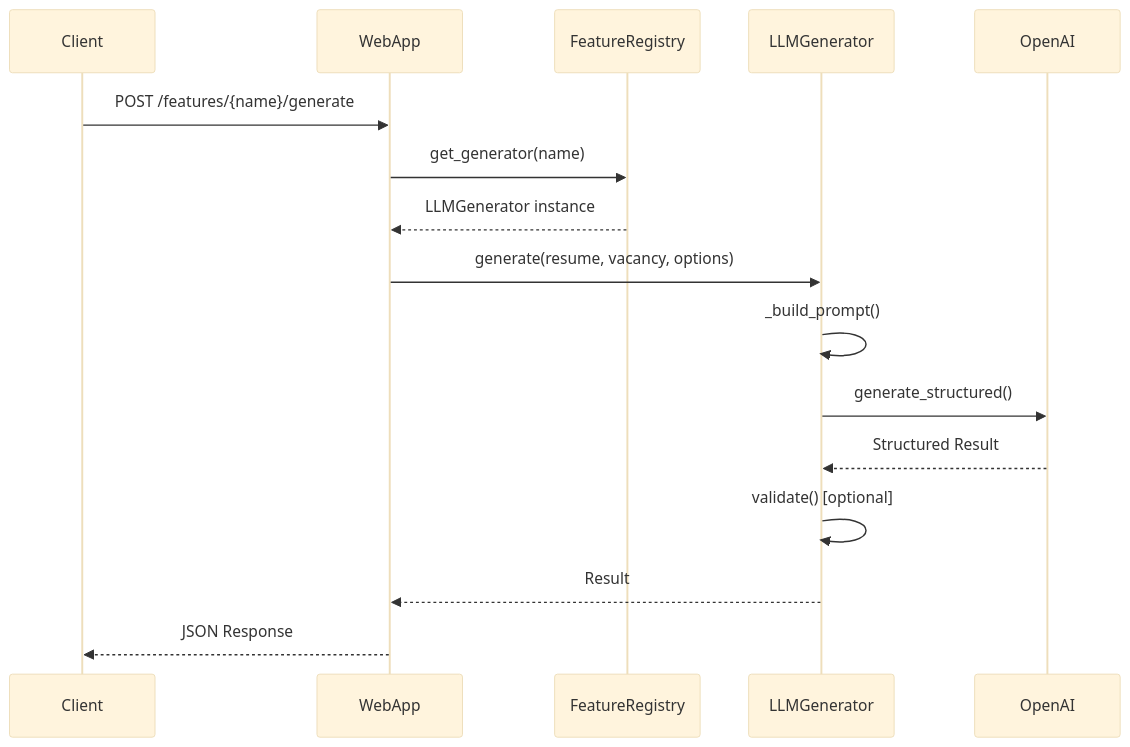
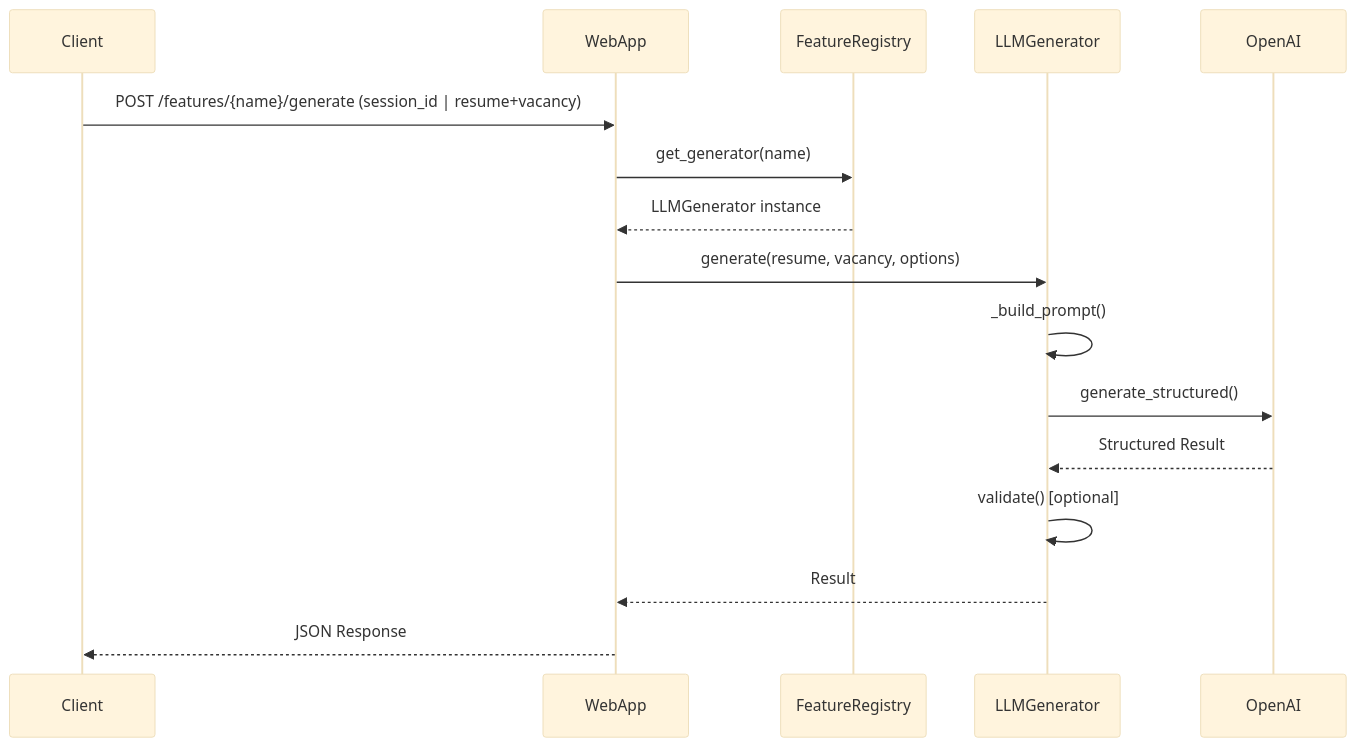
Before and after one commit to Maskedxxx/refactor_gpt_4_mini_hackaton_final: the third of 4 diagrams in docs/architecture/overview.md, drawn with Mermaid (base theme). The commit also changed other lines of this file and 2 other files, not shown here.

Commit message:
docs(architecture): document session lifecycle, endpoints, storage; add changelog entry

````diff
--- a/docs/architecture/overview.md
+++ b/docs/architecture/overview.md
@@ -89,19 +90,19 @@
 ```mermaid
 sequenceDiagram
     participant Client
     participant WebApp
     participant Registry as FeatureRegistry
     participant Feature as LLMGenerator
     participant LLM as OpenAI
 
-    Client->>WebApp: POST /features/{name}/generate
+    Client->>WebApp: POST /features/{name}/generate (session_id | resume+vacancy)
     WebApp->>Registry: get_generator(name)
     Registry-->>WebApp: LLMGenerator instance
     WebApp->>Feature: generate(resume, vacancy, options)
     Feature->>Feature: _build_prompt()
     Feature->>LLM: generate_structured()
     LLM-->>Feature: Structured Result
     Feature->>Feature: validate() [optional]
     Feature-->>WebApp: Result
     WebApp-->>Client: JSON Response
 ```
````
